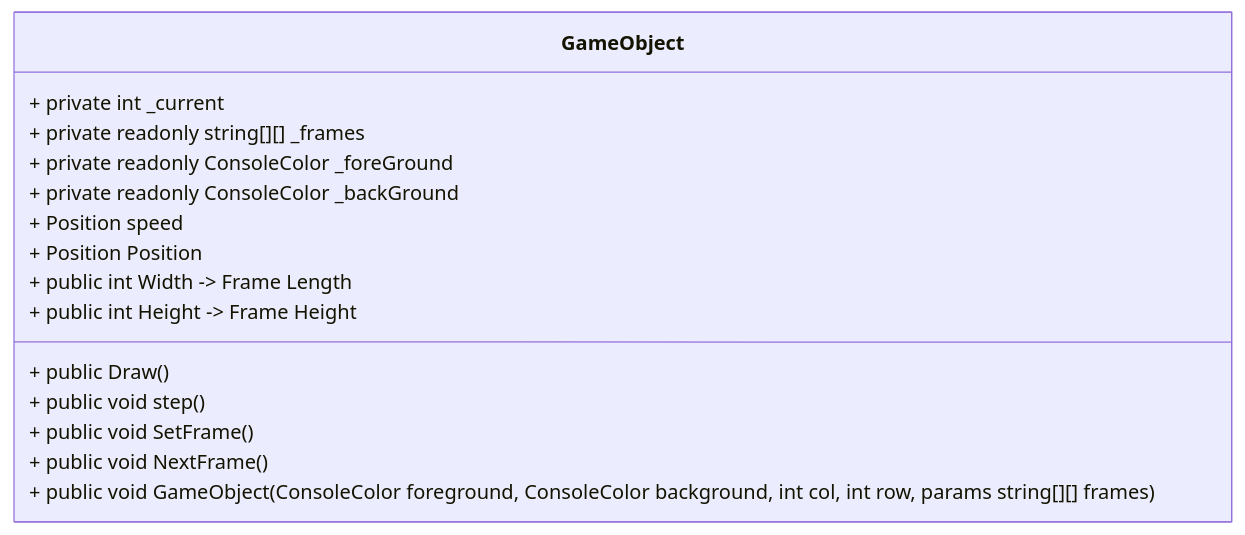
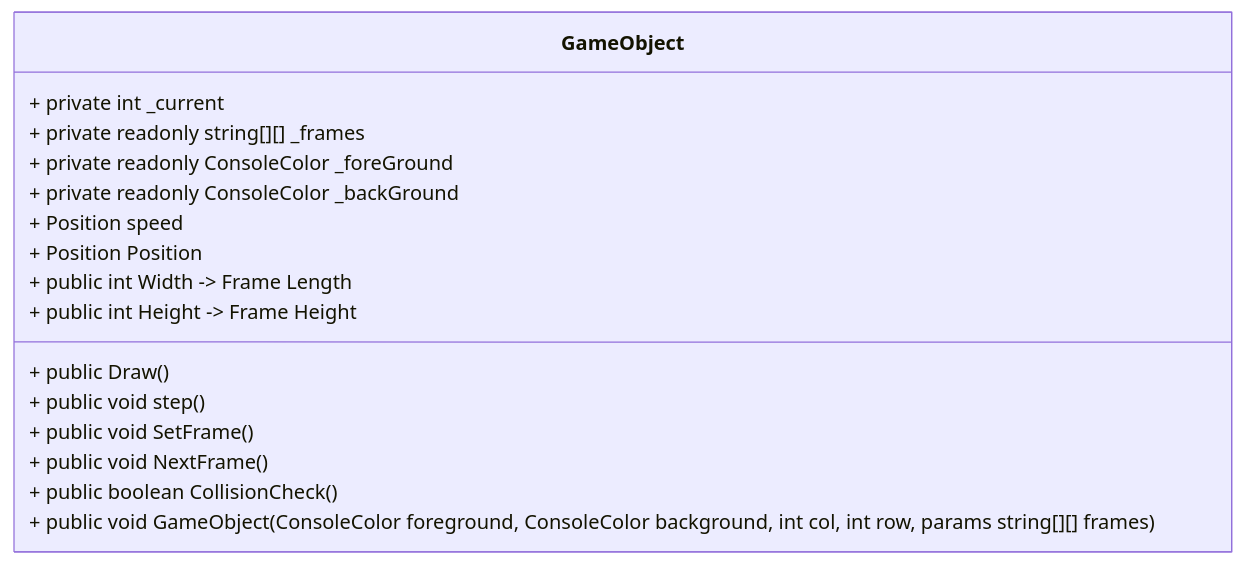
One commit to NexusWeave/MVP-FlappyBird-cs changed the fourth of 7 diagrams in dokumentasjon/diagram/klasse-diagram.md. Above: the diagram before and after it, drawn with Mermaid. The commit also changed other lines of this file, not shown here.

Commit message:
Fix formatting in klasse-diagram.md by adding spaces before access modifiers and method declarations

````diff
--- a/dokumentasjon/diagram/klasse-diagram.md
+++ b/dokumentasjon/diagram/klasse-diagram.md
@@ -53,23 +53,24 @@
 ```mermaid
     classDiagram
         direction TD
 
         class GameObject {
             + private int _current
             + private readonly string[][] _frames
             + private readonly ConsoleColor _foreGround
             + private readonly ConsoleColor _backGround
 
             + Position speed
             + Position Position
 
             + public int Width -> Frame Length
             + public int Height -> Frame Height
 
             + public Draw()
             + public void step()
             + public void SetFrame()
             + public void NextFrame()
+            + public boolean CollisionCheck()
             + public void GameObject(ConsoleColor foreground, ConsoleColor background, int col, int row, params string[][] frames)
         }
 ```
````
